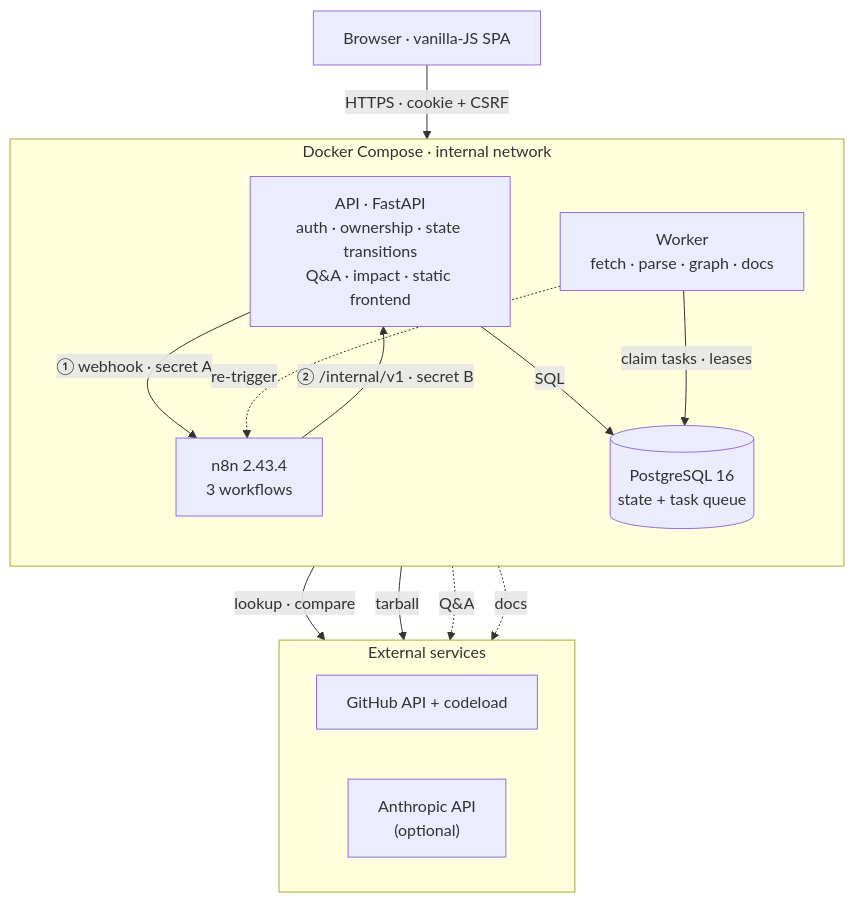
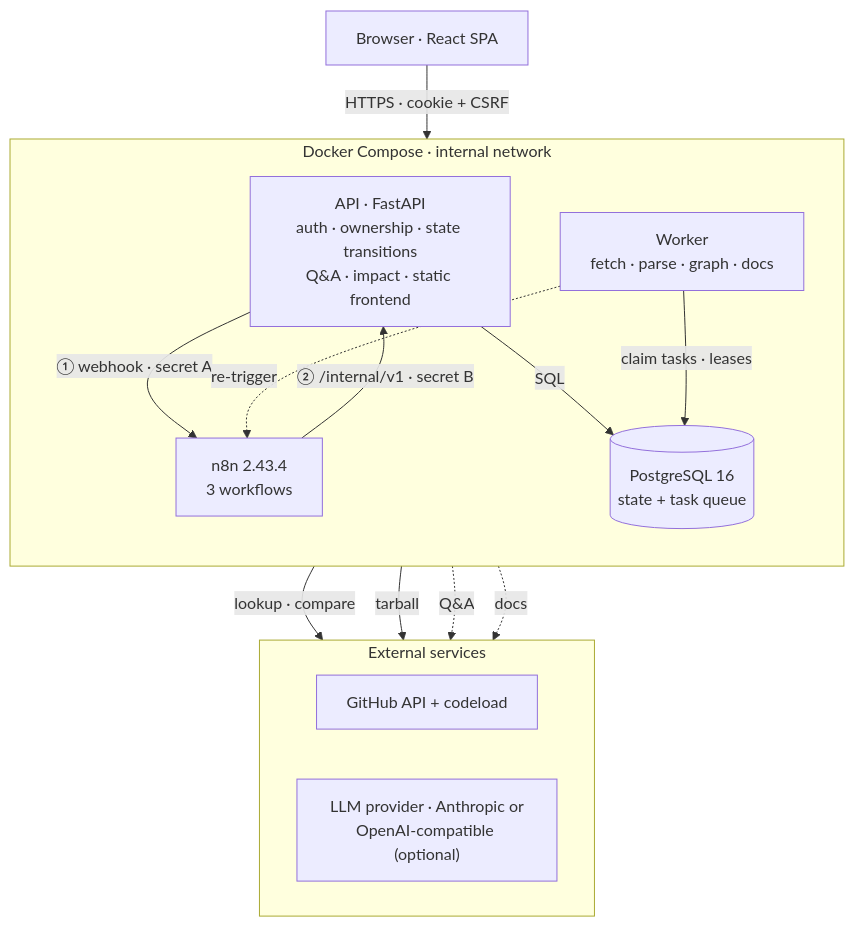
Before and after one commit to shreyajoshi144/raven: the first of 9 diagrams in docs/architecture/ARCHITECTURE_AND_WORKFLOWS.md, drawn with Mermaid. The commit also changed other lines of this file and 34 other files, not shown here.

````diff
--- a/docs/architecture/ARCHITECTURE_AND_WORKFLOWS.md
+++ b/docs/architecture/ARCHITECTURE_AND_WORKFLOWS.md
@@ -8,26 +8,26 @@
 ```mermaid
 flowchart TB
-  U["Browser · vanilla-JS SPA"]
+  U["Browser · React SPA"]
   subgraph C["Docker Compose · internal network"]
     direction TB
     API["API · FastAPI<br/>auth · ownership · state transitions<br/>Q&A · impact · static frontend"]
     N8N["n8n 2.43.4<br/>3 workflows"]
     W["Worker<br/>fetch · parse · graph · docs"]
     DB[("PostgreSQL 16<br/>state + task queue")]
   end
   subgraph X["External services"]
     direction LR
     GH["GitHub API + codeload"]
-    LLM["Anthropic API<br/>(optional)"]
+    LLM["LLM provider · Anthropic or<br/>OpenAI-compatible (optional)"]
   end
   U -->|"HTTPS · cookie + CSRF"| API
   API -->|"① webhook · secret A"| N8N
   N8N -->|"② /internal/v1 · secret B"| API
   API -->|SQL| DB
   W -->|"claim tasks · leases"| DB
   W -.->|"re-trigger"| N8N
   API -->|"lookup · compare"| GH
   W -->|"tarball"| GH
   API -.->|"Q&A"| LLM
   W -.->|"docs"| LLM
 ```
````
